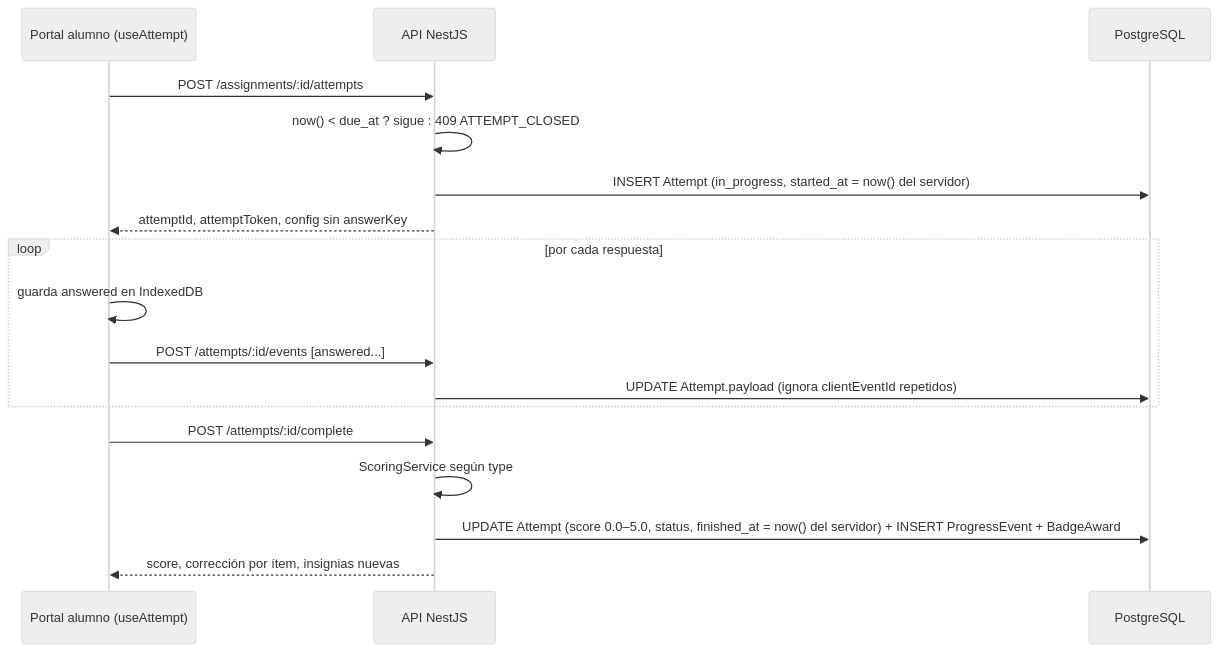
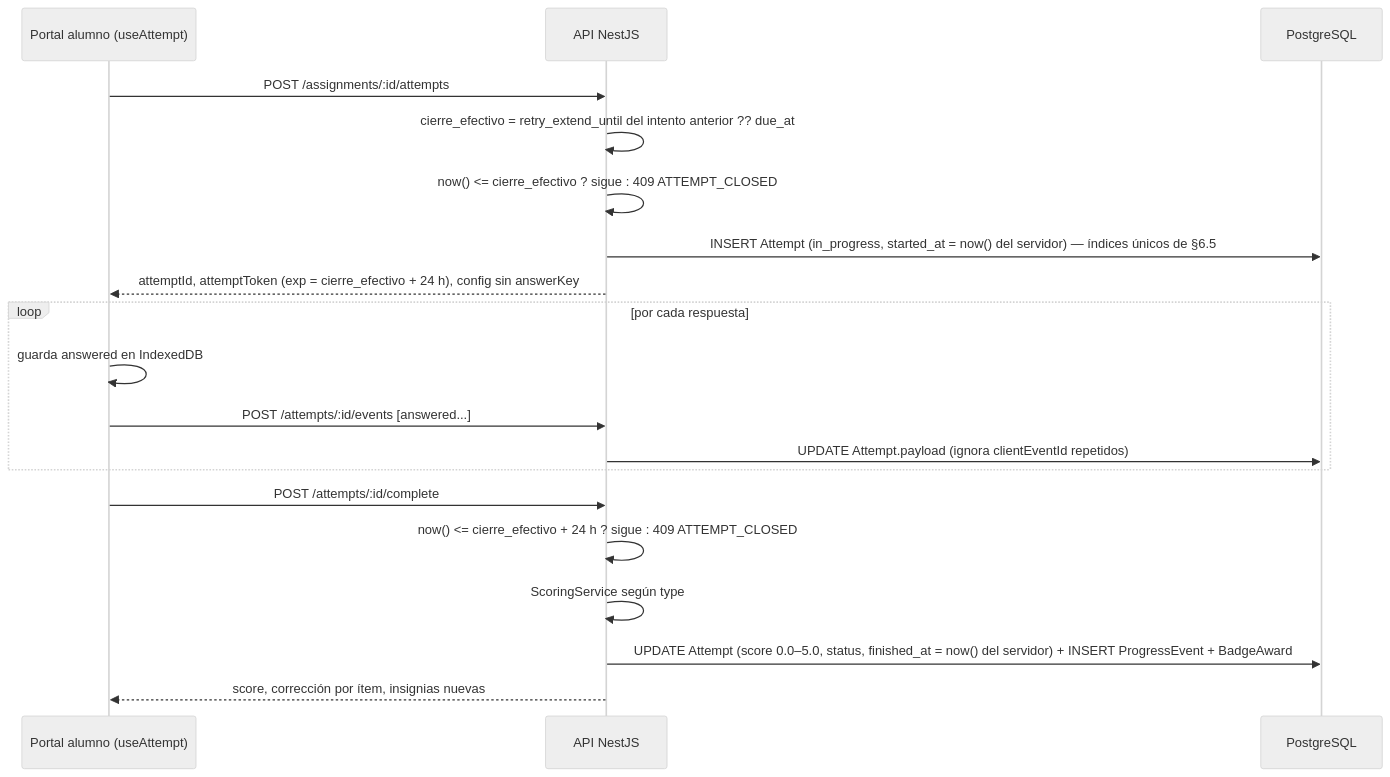
One commit to Samuel-Duque/englove changed the fourth of 5 diagrams in planning/architecture-overview.md. Above: the diagram before and after it, drawn with Mermaid (neutral theme). The commit also changed other lines of this file and 5 other files, not shown here.

````diff
--- a/planning/architecture-overview.md
+++ b/planning/architecture-overview.md
@@ -557,19 +596,21 @@
 ```mermaid
 sequenceDiagram
   participant S as Portal alumno (useAttempt)
   participant A as API NestJS
   participant DB as PostgreSQL
   S->>A: POST /assignments/:id/attempts
-  A->>A: now() < due_at ? sigue : 409 ATTEMPT_CLOSED
-  A->>DB: INSERT Attempt (in_progress, started_at = now() del servidor)
-  A-->>S: attemptId, attemptToken, config sin answerKey
+  A->>A: cierre_efectivo = retry_extend_until del intento anterior ?? due_at
+  A->>A: now() <= cierre_efectivo ? sigue : 409 ATTEMPT_CLOSED
+  A->>DB: INSERT Attempt (in_progress, started_at = now() del servidor) — índices únicos de §6.5
+  A-->>S: attemptId, attemptToken (exp = cierre_efectivo + 24 h), config sin answerKey
   loop por cada respuesta
     S->>S: guarda answered en IndexedDB
     S->>A: POST /attempts/:id/events [answered...]
     A->>DB: UPDATE Attempt.payload (ignora clientEventId repetidos)
   end
   S->>A: POST /attempts/:id/complete
+  A->>A: now() <= cierre_efectivo + 24 h ? sigue : 409 ATTEMPT_CLOSED
   A->>A: ScoringService según type
   A->>DB: UPDATE Attempt (score 0.0–5.0, status, finished_at = now() del servidor) + INSERT ProgressEvent + BadgeAward
   A-->>S: score, corrección por ítem, insignias nuevas
 ```
````
